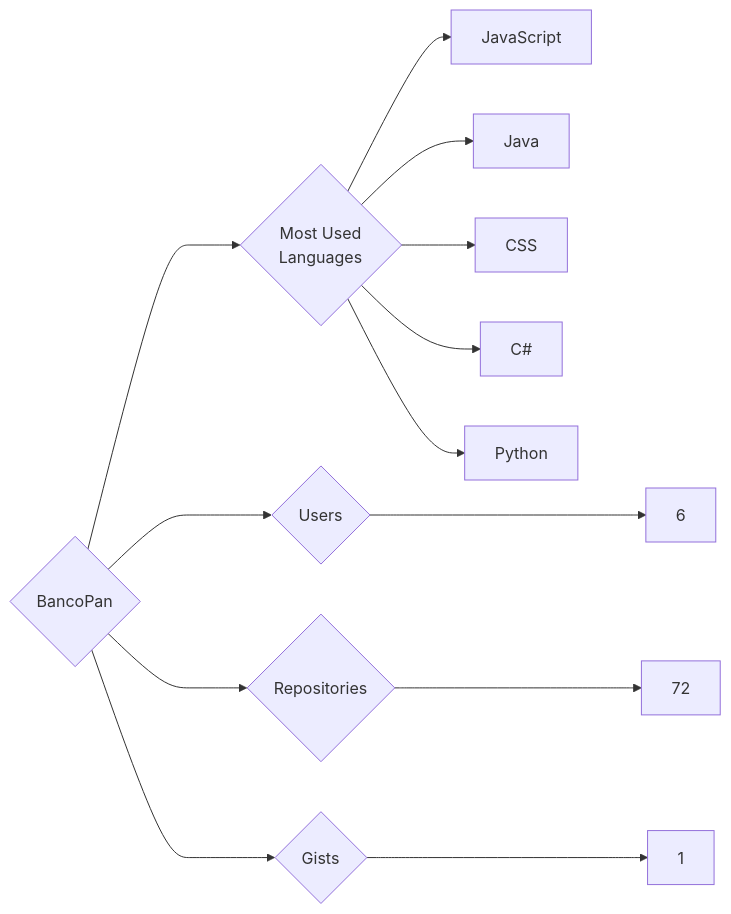
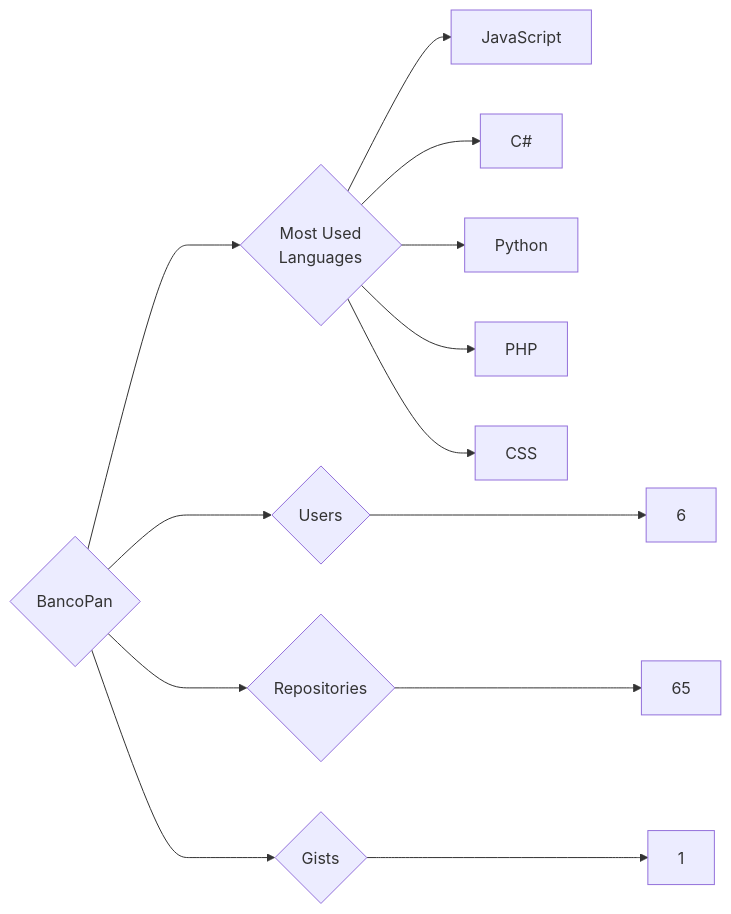
One commit to trickest/insiders changed the diagram in targets/BancoPan/README.md. Above: the diagram before and after it, drawn with Mermaid. The commit also changed 1023 other files, not shown here.

````diff
--- a/targets/BancoPan/README.md
+++ b/targets/BancoPan/README.md
@@ -3,13 +3,13 @@
 ```mermaid
 graph LR
 COMPANY_NAME{BancoPan}
 COMPANY_NAME ---> U{Users} ---> UN[6]
-COMPANY_NAME ---> R{Repositories} ---> RN[72]
+COMPANY_NAME ---> R{Repositories} ---> RN[65]
 COMPANY_NAME ---> G{Gists} ---> GN[1]
 COMPANY_NAME ---> ML{Most Used<br>Languages}
 ML --> JavaScript[JavaScript]
-ML --> Java[Java]
-ML --> CSS[CSS]
 ML --> C#[C#]
 ML --> Python[Python]
+ML --> PHP[PHP]
+ML --> CSS[CSS]
 ```
````
